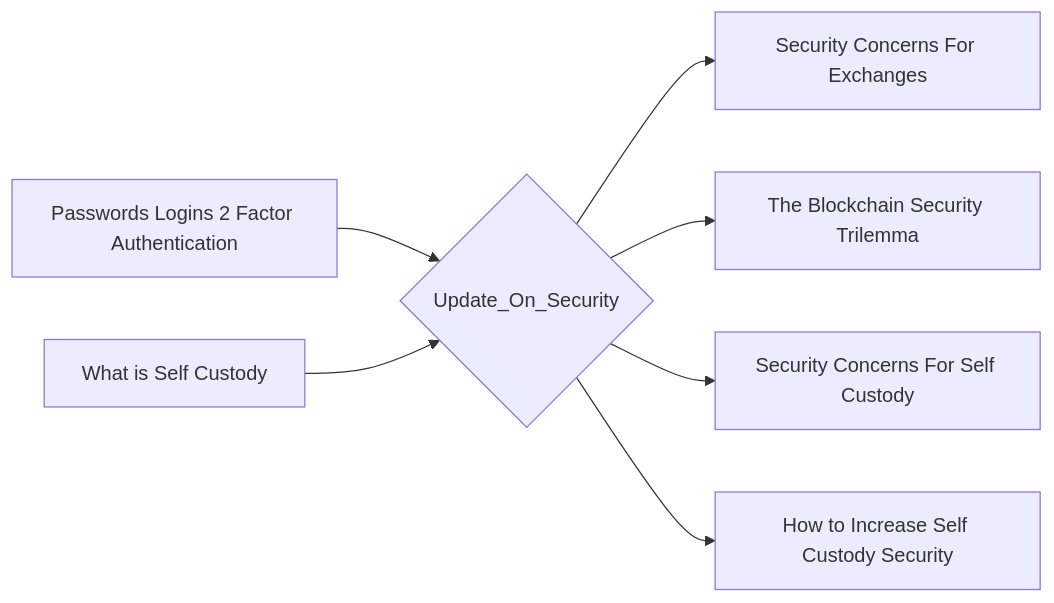
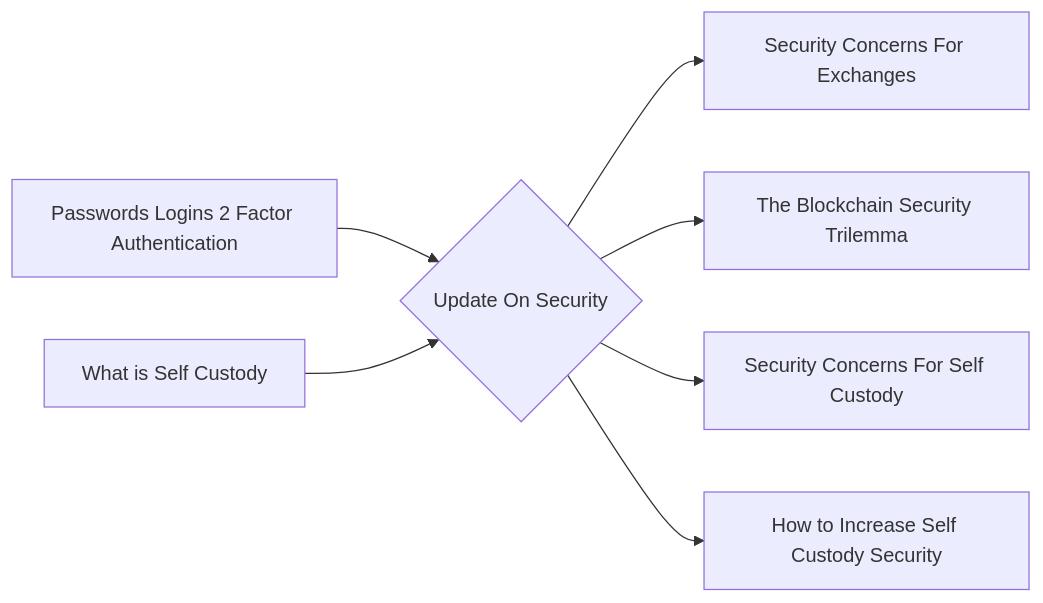
Before and after one commit to lpurdy01/crypto-knowledge-map: the diagram in notes/Update_On_Security.md, drawn with Mermaid. The commit also changed 58 other files, not shown here.

````diff
--- a/notes/Update_On_Security.md
+++ b/notes/Update_On_Security.md
@@ -9,9 +9,9 @@
 ```mermaid
 graph LR
-1["Passwords Logins 2 Factor Authentication"]-->0{"Update_On_Security"}
-2["What is Self Custody"]-->0{"Update_On_Security"}
-0{"Update_On_Security"}-->3["Security Concerns For Exchanges"]
-0{"Update_On_Security"}-->4["The Blockchain Security Trilemma"]
-0{"Update_On_Security"}-->5["Security Concerns For Self Custody"]
-0{"Update_On_Security"}-->6["How to Increase Self Custody Security"]
+1["Passwords Logins 2 Factor Authentication"]-->0{"Update On Security"}
+2["What is Self Custody"]-->0{"Update On Security"}
+0{"Update On Security"}-->3["Security Concerns For Exchanges"]
+0{"Update On Security"}-->4["The Blockchain Security Trilemma"]
+0{"Update On Security"}-->5["Security Concerns For Self Custody"]
+0{"Update On Security"}-->6["How to Increase Self Custody Security"]
 ```
````
